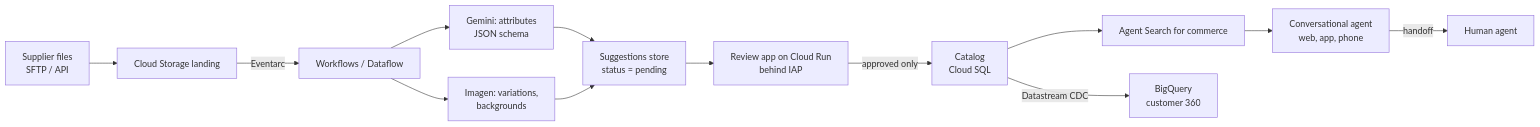
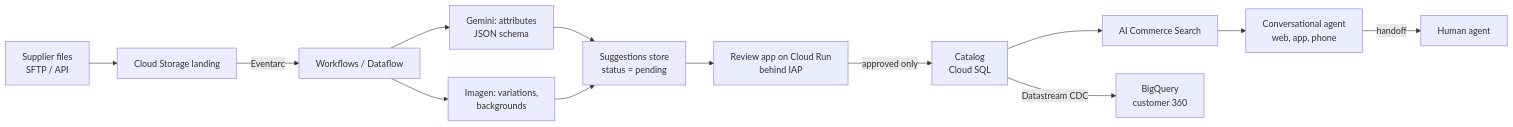
Before and after one commit to PatrickWiloak/cloud-zero-to-hero: the second of 4 diagrams in exams/gcp/cloud-architect/notes/case-studies.md, drawn with Mermaid. The commit also changed other lines of this file and 3 other files, not shown here.

````diff
--- a/exams/gcp/cloud-architect/notes/case-studies.md
+++ b/exams/gcp/cloud-architect/notes/case-studies.md
@@ -101,15 +101,15 @@
 ```mermaid
 flowchart LR
   SUP["Supplier files<br/>SFTP / API"] --> GCS["Cloud Storage landing"]
   GCS -- "Eventarc" --> PIPE["Workflows / Dataflow"]
   PIPE --> GEM["Gemini: attributes<br/>JSON schema"]
   PIPE --> IMG["Imagen: variations,<br/>backgrounds"]
   GEM --> STG["Suggestions store<br/>status = pending"]
   IMG --> STG
   STG --> HITL["Review app on Cloud Run<br/>behind IAP"]
   HITL -- "approved only" --> CAT["Catalog<br/>Cloud SQL"]
-  CAT --> SRCH["Agent Search for commerce"]
+  CAT --> SRCH["AI Commerce Search"]
   SRCH --> AGT["Conversational agent<br/>web, app, phone"]
   AGT -- "handoff" --> HUM["Human agent"]
   CAT -- "Datastream CDC" --> BQ["BigQuery<br/>customer 360"]
 ```
````
